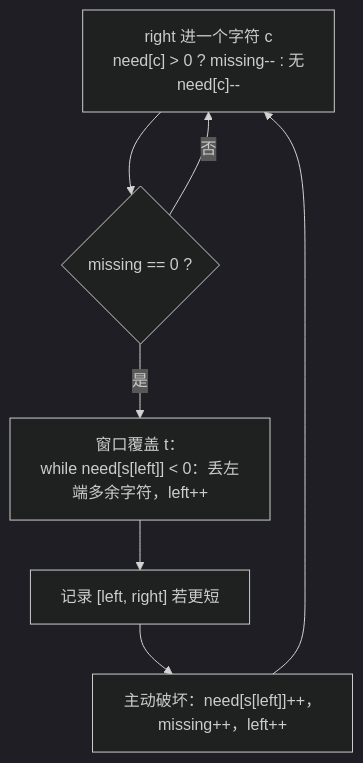
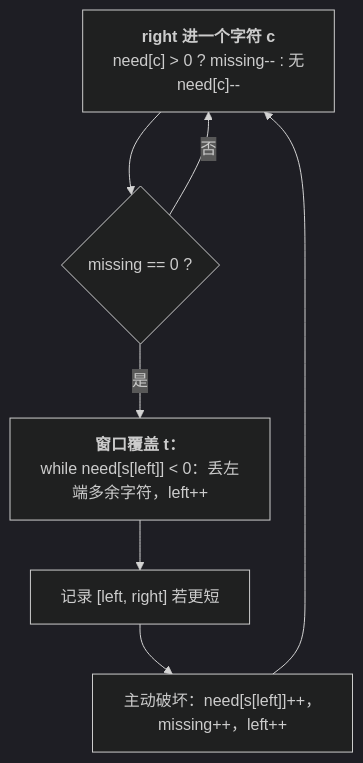
One commit to arganzheng/arganzheng.github.com changed the first of 3 diagrams in _posts/2025-12-03-coding-interview-two-pointers-and-sliding-window.md. Above: the diagram before and after it, drawn with Mermaid (dark theme). The commit also changed 12 other files, not shown here.

First line of the commit message:
面试手撕代码：从 LeetCode 中等题到 Transformer 组件：Mermaid 多行方框的首行标为标题（13 篇）

````diff
--- a/_posts/2025-12-03-coding-interview-two-pointers-and-sliding-window.md
+++ b/_posts/2025-12-03-coding-interview-two-pointers-and-sliding-window.md
@@ -171,9 +171,9 @@
 ```mermaid
 flowchart TB
-    A["right 进一个字符 c<br>need[c] > 0 ? missing-- : 无<br>need[c]--"] --> B{"missing == 0 ?"}
+    A["<b>right 进一个字符 c</b><br>need[c] > 0 ? missing-- : 无<br>need[c]--"] --> B{"missing == 0 ?"}
     B -- 否 --> A
-    B -- 是 --> C["窗口覆盖 t：<br>while need[s[left]] < 0：丢左端多余字符，left++"]
+    B -- 是 --> C["<b>窗口覆盖 t：</b><br>while need[s[left]] < 0：丢左端多余字符，left++"]
     C --> D["记录 [left, right] 若更短"]
     D --> E["主动破坏：need[s[left]]++，missing++，left++"]
     E --> A
 ```
````
